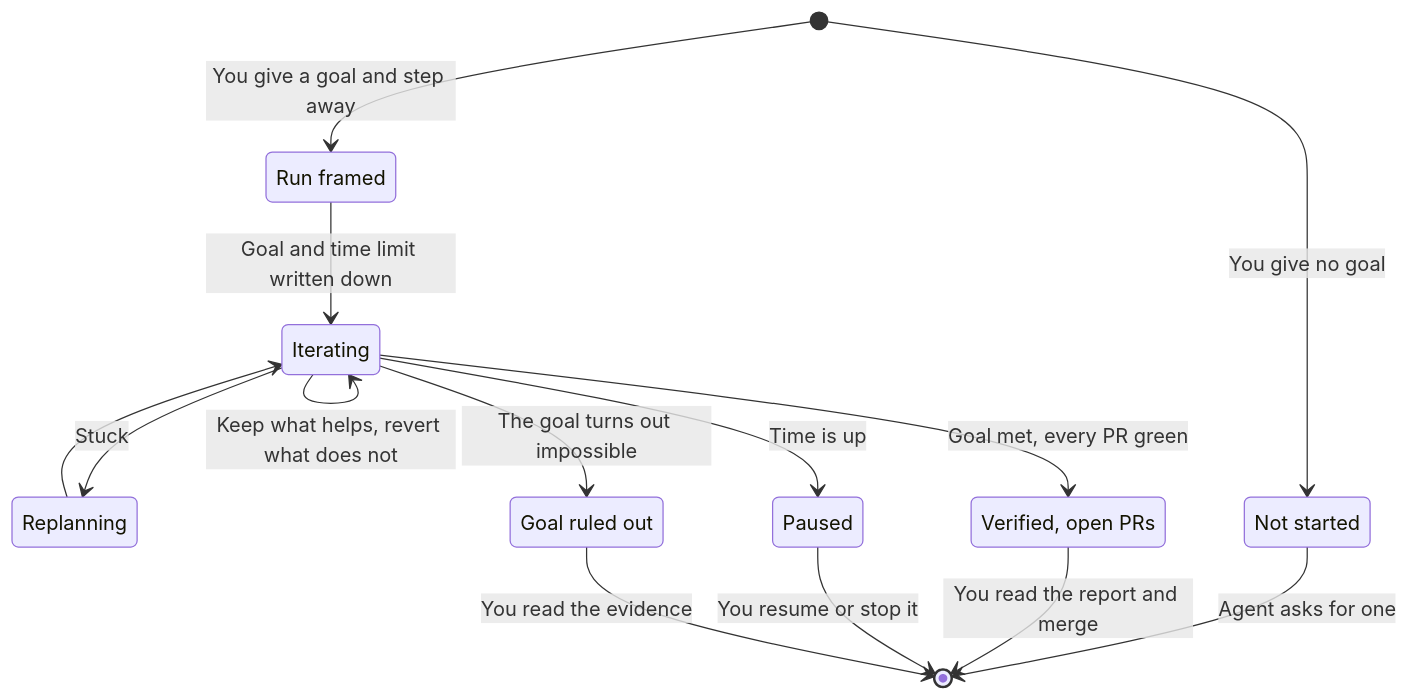
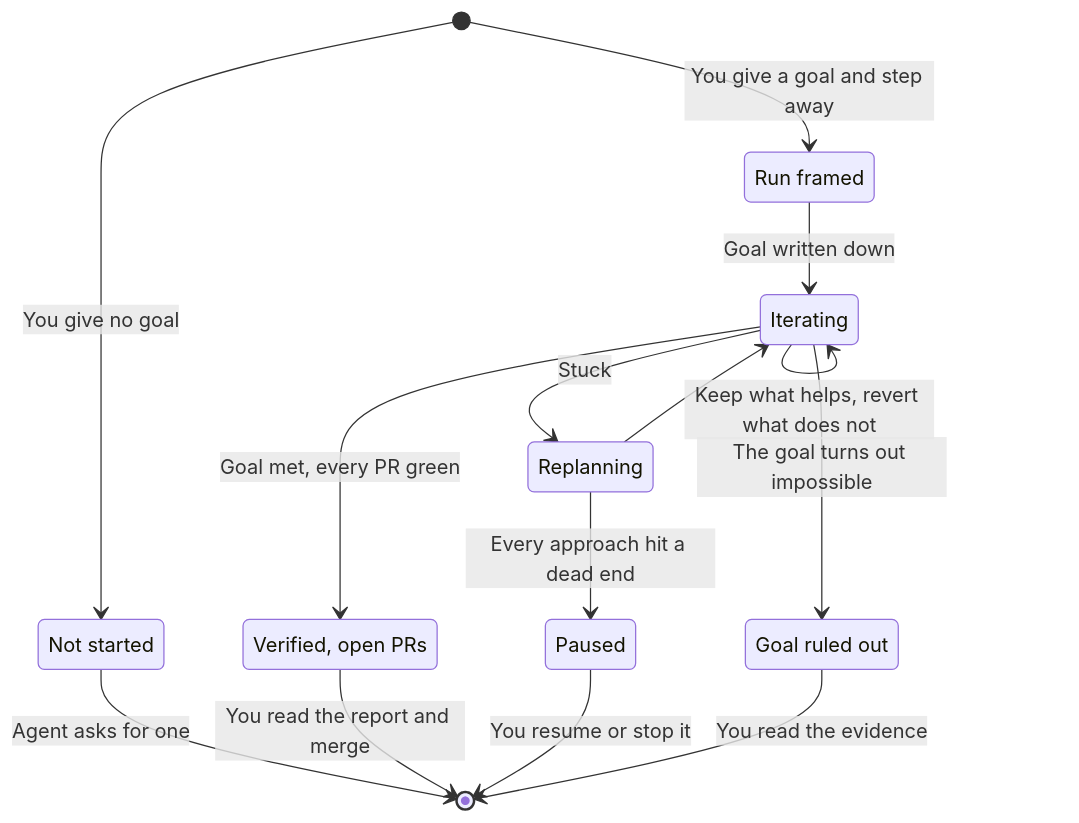
The second of 3 diagrams in docs/workflow.md (jvillegasd/harness), drawn with Mermaid before and after one commit. The commit also changed other lines of this file and 33 other files, not shown here.

````diff
--- a/docs/workflow.md
+++ b/docs/workflow.md
@@ -159,24 +157,24 @@
 ```mermaid
 stateDiagram-v2
     state "Run framed" as Framed
     state "Iterating" as Iterating
     state "Replanning" as Replanning
     state "Verified, open PRs" as Done
     state "Paused" as Paused
     state "Goal ruled out" as RuledOut
     state "Not started" as NoGoal
 
     [*] --> Framed: You give a goal and step away
     [*] --> NoGoal: You give no goal
     NoGoal --> [*]: Agent asks for one
-    Framed --> Iterating: Goal and time limit written down
+    Framed --> Iterating: Goal written down
     Iterating --> Iterating: Keep what helps, revert what does not
     Iterating --> Replanning: Stuck
     Replanning --> Iterating
     Iterating --> Done: Goal met, every PR green
-    Iterating --> Paused: Time is up
+    Replanning --> Paused: Every approach hit a dead end
     Iterating --> RuledOut: The goal turns out impossible
     Done --> [*]: You read the report and merge
     Paused --> [*]: You resume or stop it
     RuledOut --> [*]: You read the evidence
 ```
````
